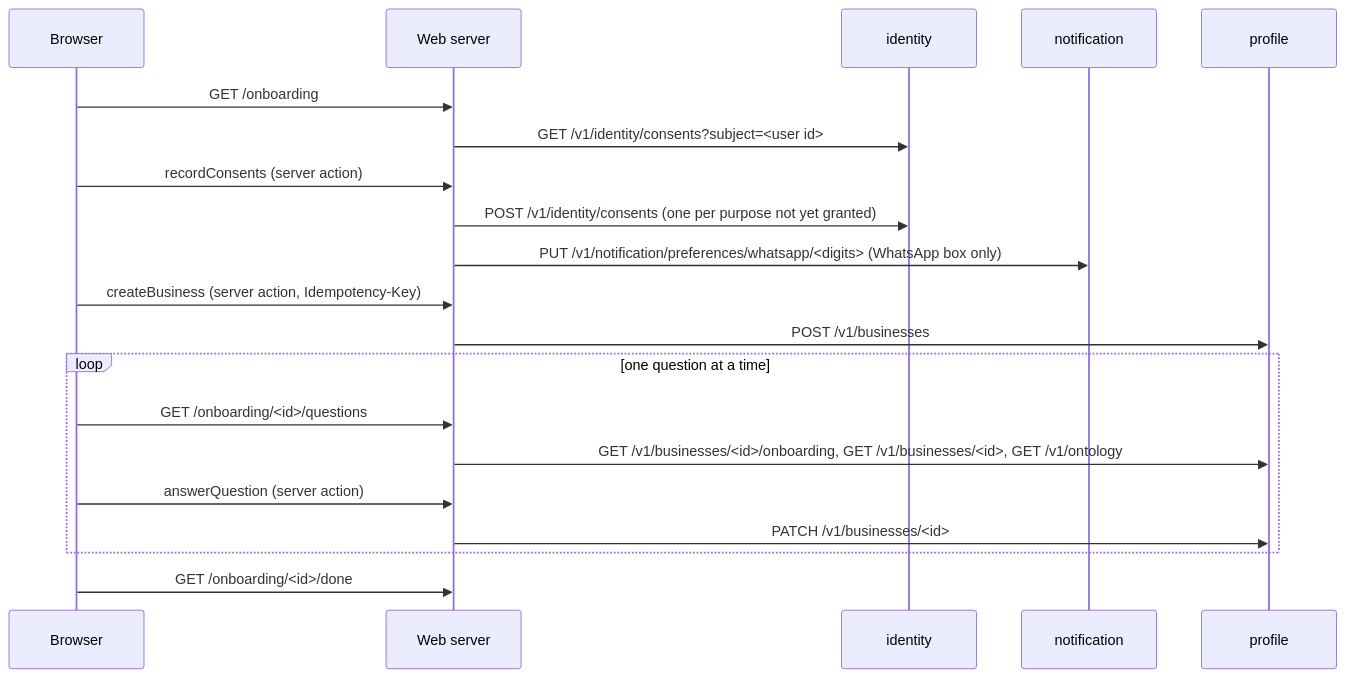
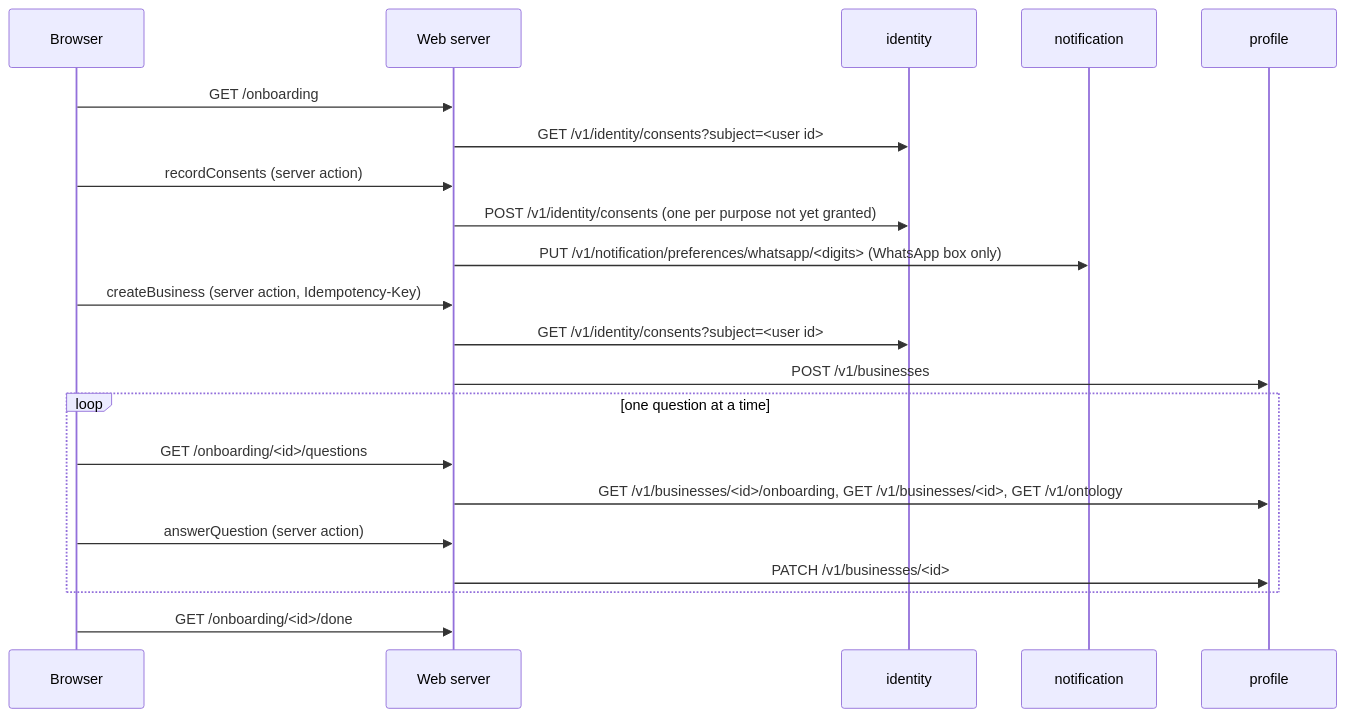
Before and after one commit to himanshudixit2002/compliancewatch: the diagram in docs/web/onboarding-flow.md, drawn with Mermaid. The commit also changed other lines of this file and 11 other files, not shown here.

````diff
--- a/docs/web/onboarding-flow.md
+++ b/docs/web/onboarding-flow.md
@@ -15,22 +15,23 @@
 ```mermaid
 sequenceDiagram
   participant B as Browser
   participant W as Web server
   participant I as identity
   participant N as notification
   participant P as profile
   B->>W: GET /onboarding
   W->>I: GET /v1/identity/consents?subject=<user id>
   B->>W: recordConsents (server action)
   W->>I: POST /v1/identity/consents (one per purpose not yet granted)
   W->>N: PUT /v1/notification/preferences/whatsapp/<digits> (WhatsApp box only)
   B->>W: createBusiness (server action, Idempotency-Key)
+  W->>I: GET /v1/identity/consents?subject=<user id>
   W->>P: POST /v1/businesses
   loop one question at a time
     B->>W: GET /onboarding/<id>/questions
     W->>P: GET /v1/businesses/<id>/onboarding, GET /v1/businesses/<id>, GET /v1/ontology
     B->>W: answerQuestion (server action)
     W->>P: PATCH /v1/businesses/<id>
   end
   B->>W: GET /onboarding/<id>/done
 ```
````
